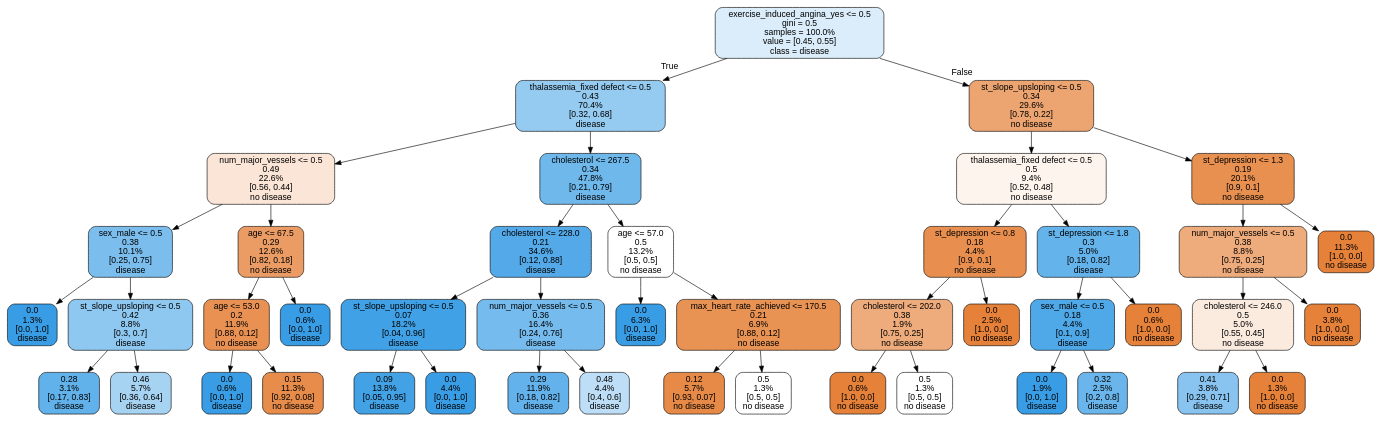
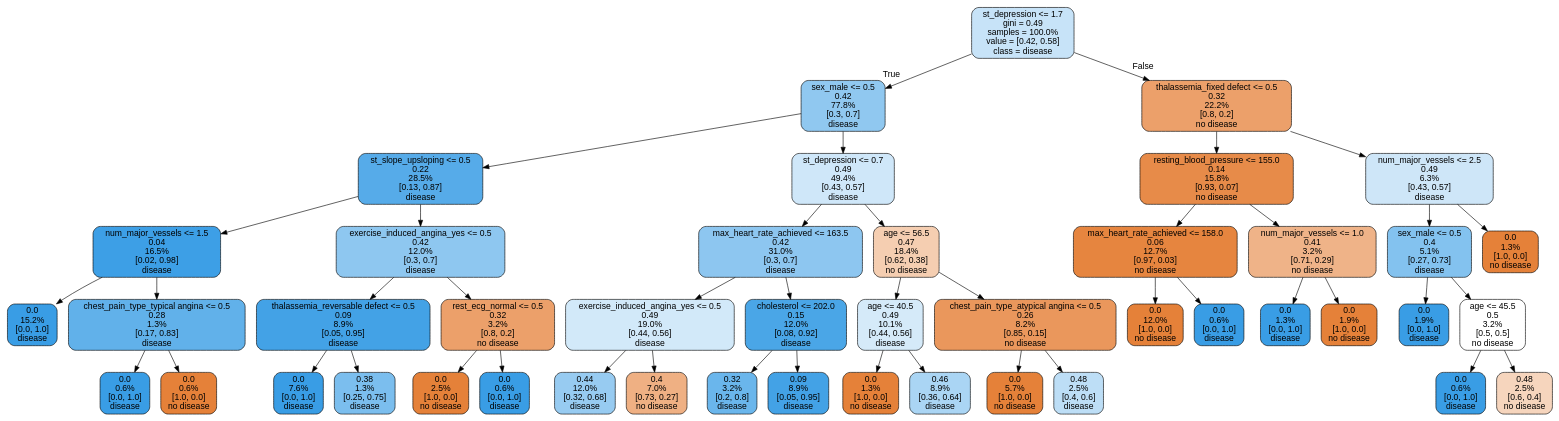
One commit to ilindgren/dsc-mod-5-project-online-ds-pt-061019 changed the diagram in tree.dot. Above: the diagram before and after it, drawn with Graphviz. The commit also changed 4 other files, not shown here.

```diff
--- a/tree.dot
+++ b/tree.dot
@@ -1,93 +1,93 @@
 digraph Tree {
 node [shape=box, style="filled, rounded", color="black", fontname=helvetica] ;
 edge [fontname=helvetica] ;
-0 [label="exercise_induced_angina_yes <= 0.5\ngini = 0.5\nsamples = 100.0%\nvalue = [0.45, 0.55]\nclass = disease", fillcolor="#dbedfa"] ;
-1 [label="thalassemia_fixed defect <= 0.5\n0.43\n70.4%\n[0.32, 0.68]\ndisease", fillcolor="#95cbf1"] ;
+0 [label="st_depression <= 1.7\ngini = 0.49\nsamples = 100.0%\nvalue = [0.42, 0.58]\nclass = disease", fillcolor="#c7e3f8"] ;
+1 [label="sex_male <= 0.5\n0.42\n77.8%\n[0.3, 0.7]\ndisease", fillcolor="#90c8f0"] ;
 0 -> 1 [labeldistance=2.5, labelangle=45, headlabel="True"] ;
-2 [label="num_major_vessels <= 0.5\n0.49\n22.6%\n[0.56, 0.44]\nno disease", fillcolor="#fae5d6"] ;
+2 [label="st_slope_upsloping <= 0.5\n0.22\n28.5%\n[0.13, 0.87]\ndisease", fillcolor="#56abe9"] ;
 1 -> 2 ;
-3 [label="sex_male <= 0.5\n0.38\n10.1%\n[0.25, 0.75]\ndisease", fillcolor="#7bbeee"] ;
+3 [label="num_major_vessels <= 1.5\n0.04\n16.5%\n[0.02, 0.98]\ndisease", fillcolor="#3d9fe6"] ;
 2 -> 3 ;
-4 [label="0.0\n1.3%\n[0.0, 1.0]\ndisease", fillcolor="#399de5"] ;
+4 [label="0.0\n15.2%\n[0.0, 1.0]\ndisease", fillcolor="#399de5"] ;
 3 -> 4 ;
-5 [label="st_slope_upsloping <= 0.5\n0.42\n8.8%\n[0.3, 0.7]\ndisease", fillcolor="#8ec7f0"] ;
+5 [label="chest_pain_type_typical angina <= 0.5\n0.28\n1.3%\n[0.17, 0.83]\ndisease", fillcolor="#61b1ea"] ;
 3 -> 5 ;
-6 [label="0.28\n3.1%\n[0.17, 0.83]\ndisease", fillcolor="#61b1ea"] ;
+6 [label="0.0\n0.6%\n[0.0, 1.0]\ndisease", fillcolor="#399de5"] ;
 5 -> 6 ;
-7 [label="0.46\n5.7%\n[0.36, 0.64]\ndisease", fillcolor="#a7d3f3"] ;
+7 [label="0.0\n0.6%\n[1.0, 0.0]\nno disease", fillcolor="#e58139"] ;
 5 -> 7 ;
-8 [label="age <= 67.5\n0.29\n12.6%\n[0.82, 0.18]\nno disease", fillcolor="#eb9c64"] ;
+8 [label="exercise_induced_angina_yes <= 0.5\n0.42\n12.0%\n[0.3, 0.7]\ndisease", fillcolor="#8ec7f0"] ;
 2 -> 8 ;
-9 [label="age <= 53.0\n0.2\n11.9%\n[0.88, 0.12]\nno disease", fillcolor="#e89153"] ;
+9 [label="thalassemia_reversable defect <= 0.5\n0.09\n8.9%\n[0.05, 0.95]\ndisease", fillcolor="#43a2e6"] ;
 8 -> 9 ;
-10 [label="0.0\n0.6%\n[0.0, 1.0]\ndisease", fillcolor="#399de5"] ;
+10 [label="0.0\n7.6%\n[0.0, 1.0]\ndisease", fillcolor="#399de5"] ;
 9 -> 10 ;
-11 [label="0.15\n11.3%\n[0.92, 0.08]\nno disease", fillcolor="#e78c4a"] ;
+11 [label="0.38\n1.3%\n[0.25, 0.75]\ndisease", fillcolor="#7bbeee"] ;
 9 -> 11 ;
-12 [label="0.0\n0.6%\n[0.0, 1.0]\ndisease", fillcolor="#399de5"] ;
+12 [label="rest_ecg_normal <= 0.5\n0.32\n3.2%\n[0.8, 0.2]\nno disease", fillcolor="#eca06a"] ;
 8 -> 12 ;
-13 [label="cholesterol <= 267.5\n0.34\n47.8%\n[0.21, 0.79]\ndisease", fillcolor="#6fb8ec"] ;
-1 -> 13 ;
-14 [label="cholesterol <= 228.0\n0.21\n34.6%\n[0.12, 0.88]\ndisease", fillcolor="#54aae9"] ;
-13 -> 14 ;
-15 [label="st_slope_upsloping <= 0.5\n0.07\n18.2%\n[0.04, 0.96]\ndisease", fillcolor="#41a1e6"] ;
-14 -> 15 ;
-16 [label="0.09\n13.8%\n[0.05, 0.95]\ndisease", fillcolor="#43a2e6"] ;
+13 [label="0.0\n2.5%\n[1.0, 0.0]\nno disease", fillcolor="#e58139"] ;
+12 -> 13 ;
+14 [label="0.0\n0.6%\n[0.0, 1.0]\ndisease", fillcolor="#399de5"] ;
+12 -> 14 ;
+15 [label="st_depression <= 0.7\n0.49\n49.4%\n[0.43, 0.57]\ndisease", fillcolor="#cfe7f9"] ;
+1 -> 15 ;
+16 [label="max_heart_rate_achieved <= 163.5\n0.42\n31.0%\n[0.3, 0.7]\ndisease", fillcolor="#8dc6f0"] ;
 15 -> 16 ;
-17 [label="0.0\n4.4%\n[0.0, 1.0]\ndisease", fillcolor="#399de5"] ;
-15 -> 17 ;
-18 [label="num_major_vessels <= 0.5\n0.36\n16.4%\n[0.24, 0.76]\ndisease", fillcolor="#76bbed"] ;
-14 -> 18 ;
-19 [label="0.29\n11.9%\n[0.18, 0.82]\ndisease", fillcolor="#64b2eb"] ;
-18 -> 19 ;
-20 [label="0.48\n4.4%\n[0.4, 0.6]\ndisease", fillcolor="#bddef6"] ;
-18 -> 20 ;
-21 [label="age <= 57.0\n0.5\n13.2%\n[0.5, 0.5]\nno disease", fillcolor="#ffffff"] ;
-13 -> 21 ;
-22 [label="0.0\n6.3%\n[0.0, 1.0]\ndisease", fillcolor="#399de5"] ;
-21 -> 22 ;
-23 [label="max_heart_rate_achieved <= 170.5\n0.21\n6.9%\n[0.88, 0.12]\nno disease", fillcolor="#e89253"] ;
-21 -> 23 ;
-24 [label="0.12\n5.7%\n[0.93, 0.07]\nno disease", fillcolor="#e78a47"] ;
+17 [label="exercise_induced_angina_yes <= 0.5\n0.49\n19.0%\n[0.44, 0.56]\ndisease", fillcolor="#d2e9f9"] ;
+16 -> 17 ;
+18 [label="0.44\n12.0%\n[0.32, 0.68]\ndisease", fillcolor="#97cbf1"] ;
+17 -> 18 ;
+19 [label="0.4\n7.0%\n[0.73, 0.27]\nno disease", fillcolor="#efb083"] ;
+17 -> 19 ;
+20 [label="cholesterol <= 202.0\n0.15\n12.0%\n[0.08, 0.92]\ndisease", fillcolor="#4aa6e7"] ;
+16 -> 20 ;
+21 [label="0.32\n3.2%\n[0.2, 0.8]\ndisease", fillcolor="#6ab6ec"] ;
+20 -> 21 ;
+22 [label="0.09\n8.9%\n[0.05, 0.95]\ndisease", fillcolor="#43a2e6"] ;
+20 -> 22 ;
+23 [label="age <= 56.5\n0.47\n18.4%\n[0.62, 0.38]\nno disease", fillcolor="#f5ceb1"] ;
+15 -> 23 ;
+24 [label="age <= 40.5\n0.49\n10.1%\n[0.44, 0.56]\ndisease", fillcolor="#d5eaf9"] ;
 23 -> 24 ;
-25 [label="0.5\n1.3%\n[0.5, 0.5]\nno disease", fillcolor="#ffffff"] ;
-23 -> 25 ;
-26 [label="st_slope_upsloping <= 0.5\n0.34\n29.6%\n[0.78, 0.22]\nno disease", fillcolor="#eca470"] ;
-0 -> 26 [labeldistance=2.5, labelangle=-45, headlabel="False"] ;
-27 [label="thalassemia_fixed defect <= 0.5\n0.5\n9.4%\n[0.52, 0.48]\nno disease", fillcolor="#fdf4ed"] ;
-26 -> 27 ;
-28 [label="st_depression <= 0.8\n0.18\n4.4%\n[0.9, 0.1]\nno disease", fillcolor="#e88f4f"] ;
+25 [label="0.0\n1.3%\n[1.0, 0.0]\nno disease", fillcolor="#e58139"] ;
+24 -> 25 ;
+26 [label="0.46\n8.9%\n[0.36, 0.64]\ndisease", fillcolor="#aad5f4"] ;
+24 -> 26 ;
+27 [label="chest_pain_type_atypical angina <= 0.5\n0.26\n8.2%\n[0.85, 0.15]\nno disease", fillcolor="#ea975c"] ;
+23 -> 27 ;
+28 [label="0.0\n5.7%\n[1.0, 0.0]\nno disease", fillcolor="#e58139"] ;
 27 -> 28 ;
-29 [label="cholesterol <= 202.0\n0.38\n1.9%\n[0.75, 0.25]\nno disease", fillcolor="#eeab7b"] ;
-28 -> 29 ;
-30 [label="0.0\n0.6%\n[1.0, 0.0]\nno disease", fillcolor="#e58139"] ;
-29 -> 30 ;
-31 [label="0.5\n1.3%\n[0.5, 0.5]\nno disease", fillcolor="#ffffff"] ;
-29 -> 31 ;
-32 [label="0.0\n2.5%\n[1.0, 0.0]\nno disease", fillcolor="#e58139"] ;
-28 -> 32 ;
-33 [label="st_depression <= 1.8\n0.3\n5.0%\n[0.18, 0.82]\ndisease", fillcolor="#65b3eb"] ;
-27 -> 33 ;
-34 [label="sex_male <= 0.5\n0.18\n4.4%\n[0.1, 0.9]\ndisease", fillcolor="#4fa8e8"] ;
-33 -> 34 ;
-35 [label="0.0\n1.9%\n[0.0, 1.0]\ndisease", fillcolor="#399de5"] ;
-34 -> 35 ;
-36 [label="0.32\n2.5%\n[0.2, 0.8]\ndisease", fillcolor="#6ab6ec"] ;
-34 -> 36 ;
-37 [label="0.0\n0.6%\n[1.0, 0.0]\nno disease", fillcolor="#e58139"] ;
-33 -> 37 ;
-38 [label="st_depression <= 1.3\n0.19\n20.1%\n[0.9, 0.1]\nno disease", fillcolor="#e89050"] ;
-26 -> 38 ;
-39 [label="num_major_vessels <= 0.5\n0.38\n8.8%\n[0.75, 0.25]\nno disease", fillcolor="#eeab7b"] ;
+29 [label="0.48\n2.5%\n[0.4, 0.6]\ndisease", fillcolor="#bddef6"] ;
+27 -> 29 ;
+30 [label="thalassemia_fixed defect <= 0.5\n0.32\n22.2%\n[0.8, 0.2]\nno disease", fillcolor="#eca06a"] ;
+0 -> 30 [labeldistance=2.5, labelangle=-45, headlabel="False"] ;
+31 [label="resting_blood_pressure <= 155.0\n0.14\n15.8%\n[0.93, 0.07]\nno disease", fillcolor="#e78b49"] ;
+30 -> 31 ;
+32 [label="max_heart_rate_achieved <= 158.0\n0.06\n12.7%\n[0.97, 0.03]\nno disease", fillcolor="#e6853f"] ;
+31 -> 32 ;
+33 [label="0.0\n12.0%\n[1.0, 0.0]\nno disease", fillcolor="#e58139"] ;
+32 -> 33 ;
+34 [label="0.0\n0.6%\n[0.0, 1.0]\ndisease", fillcolor="#399de5"] ;
+32 -> 34 ;
+35 [label="num_major_vessels <= 1.0\n0.41\n3.2%\n[0.71, 0.29]\nno disease", fillcolor="#efb388"] ;
+31 -> 35 ;
+36 [label="0.0\n1.3%\n[0.0, 1.0]\ndisease", fillcolor="#399de5"] ;
+35 -> 36 ;
+37 [label="0.0\n1.9%\n[1.0, 0.0]\nno disease", fillcolor="#e58139"] ;
+35 -> 37 ;
+38 [label="num_major_vessels <= 2.5\n0.49\n6.3%\n[0.43, 0.57]\ndisease", fillcolor="#cee6f8"] ;
+30 -> 38 ;
+39 [label="sex_male <= 0.5\n0.4\n5.1%\n[0.27, 0.73]\ndisease", fillcolor="#83c2ef"] ;
 38 -> 39 ;
-40 [label="cholesterol <= 246.0\n0.5\n5.0%\n[0.55, 0.45]\nno disease", fillcolor="#fbeade"] ;
+40 [label="0.0\n1.9%\n[0.0, 1.0]\ndisease", fillcolor="#399de5"] ;
 39 -> 40 ;
-41 [label="0.41\n3.8%\n[0.29, 0.71]\ndisease", fillcolor="#88c4ef"] ;
-40 -> 41 ;
-42 [label="0.0\n1.3%\n[1.0, 0.0]\nno disease", fillcolor="#e58139"] ;
-40 -> 42 ;
-43 [label="0.0\n3.8%\n[1.0, 0.0]\nno disease", fillcolor="#e58139"] ;
-39 -> 43 ;
-44 [label="0.0\n11.3%\n[1.0, 0.0]\nno disease", fillcolor="#e58139"] ;
+41 [label="age <= 45.5\n0.5\n3.2%\n[0.5, 0.5]\nno disease", fillcolor="#ffffff"] ;
+39 -> 41 ;
+42 [label="0.0\n0.6%\n[0.0, 1.0]\ndisease", fillcolor="#399de5"] ;
+41 -> 42 ;
+43 [label="0.48\n2.5%\n[0.6, 0.4]\nno disease", fillcolor="#f6d5bd"] ;
+41 -> 43 ;
+44 [label="0.0\n1.3%\n[1.0, 0.0]\nno disease", fillcolor="#e58139"] ;
 38 -> 44 ;
 }
```
